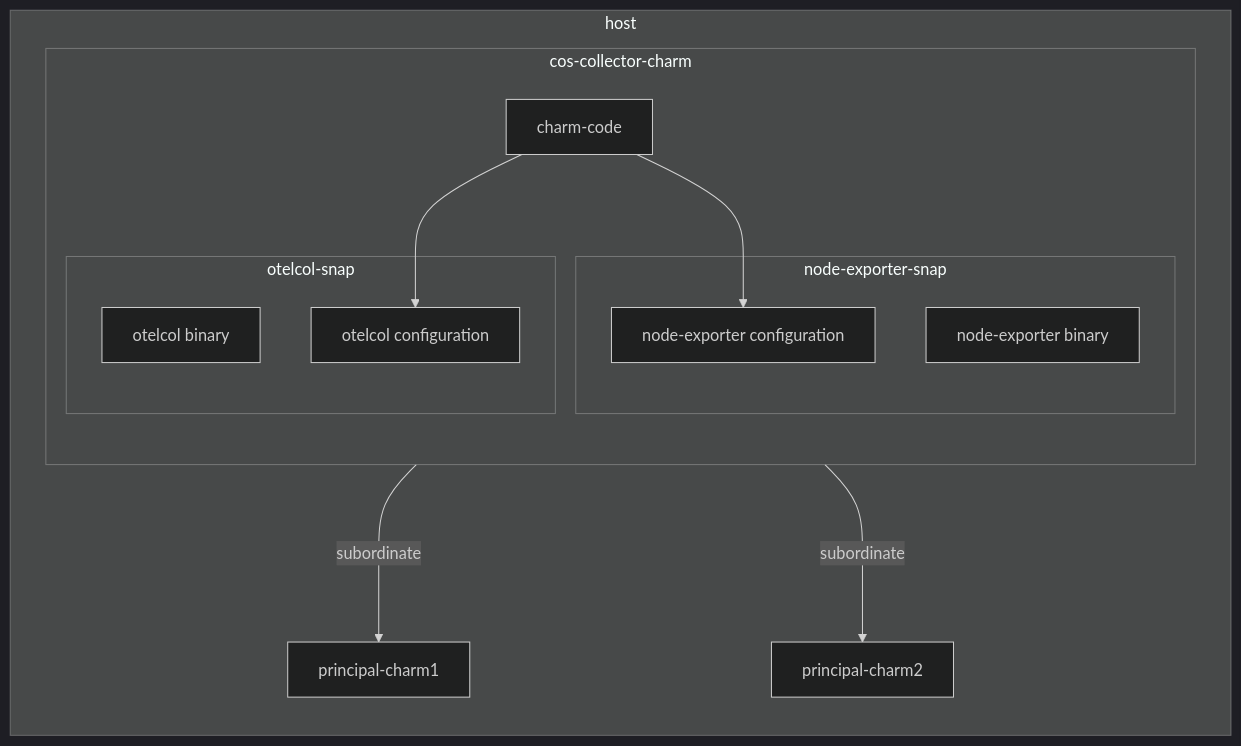
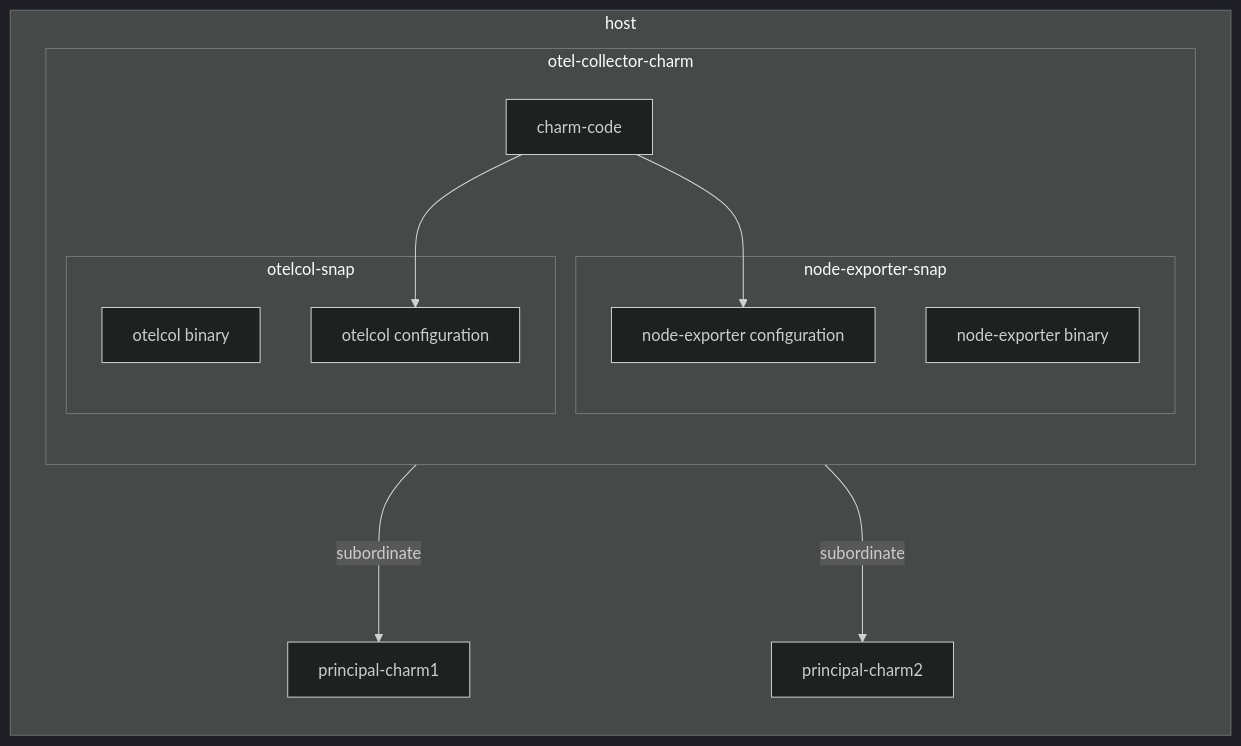
The eighth of 8 diagrams in decision-records/2025-03-20--node-exporter-otelcol-adr.md (canonical/observability), drawn with Mermaid (dark theme) before and after one commit. The commit also changed other lines of this file, not shown here.

Commit message:
cos-collector -> otel-collector

````diff
--- a/decision-records/2025-03-20--node-exporter-otelcol-adr.md
+++ b/decision-records/2025-03-20--node-exporter-otelcol-adr.md
@@ -341,24 +344,24 @@
 ```mermaid
 flowchart LR
 subgraph host
     direction TB
 
-    subgraph cos-collector-charm
+    subgraph otel-collector-charm
         direction TB
         charm-code
         subgraph node-exporter-snap
             node-exporter["node-exporter binary"]
             node-exporter-config["node-exporter configuration"]
         end
         subgraph otelcol-snap
             otelcol["otelcol binary"]
             otelcol-config["otelcol configuration"]
         end
         charm-code --> otelcol-config
         charm-code --> node-exporter-config
     end
 
-    cos-collector-charm --->|"subordinate"| principal-charm1
-    cos-collector-charm --->|"subordinate"| principal-charm2
+    otel-collector-charm --->|"subordinate"| principal-charm1
+    otel-collector-charm --->|"subordinate"| principal-charm2
 end
 ```
````
